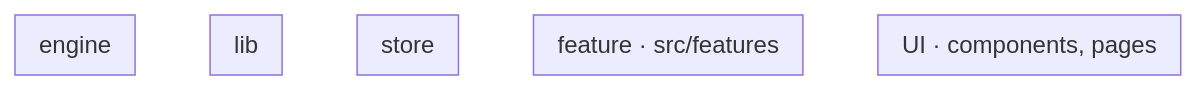
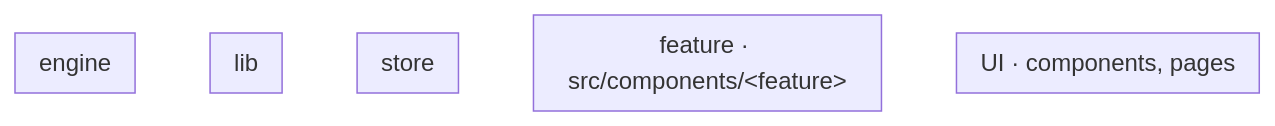
Before and after one commit to fabianhinz/PaceVault: the second of 3 diagrams in tools/workbench/shared/tech-template.md, drawn with Mermaid. The commit also changed other lines of this file and 1496 other files, not shown here.

````diff
--- a/tools/workbench/shared/tech-template.md
+++ b/tools/workbench/shared/tech-template.md
@@ -28,15 +28,15 @@
 ```mermaid
 flowchart TB
   subgraph UI["UI · components, pages"]
   end
-  subgraph FEAT["feature · src/features"]
+  subgraph FEAT["feature · src/components/#lt;feature#gt;"]
   end
   subgraph STORE["store"]
   end
   subgraph LIB["lib"]
   end
   subgraph ENG["engine"]
   end
   classDef new stroke:#60a5fa,stroke-width:1.5px
   classDef mod stroke:#8b8f9a,stroke-width:2px
 ```
````
